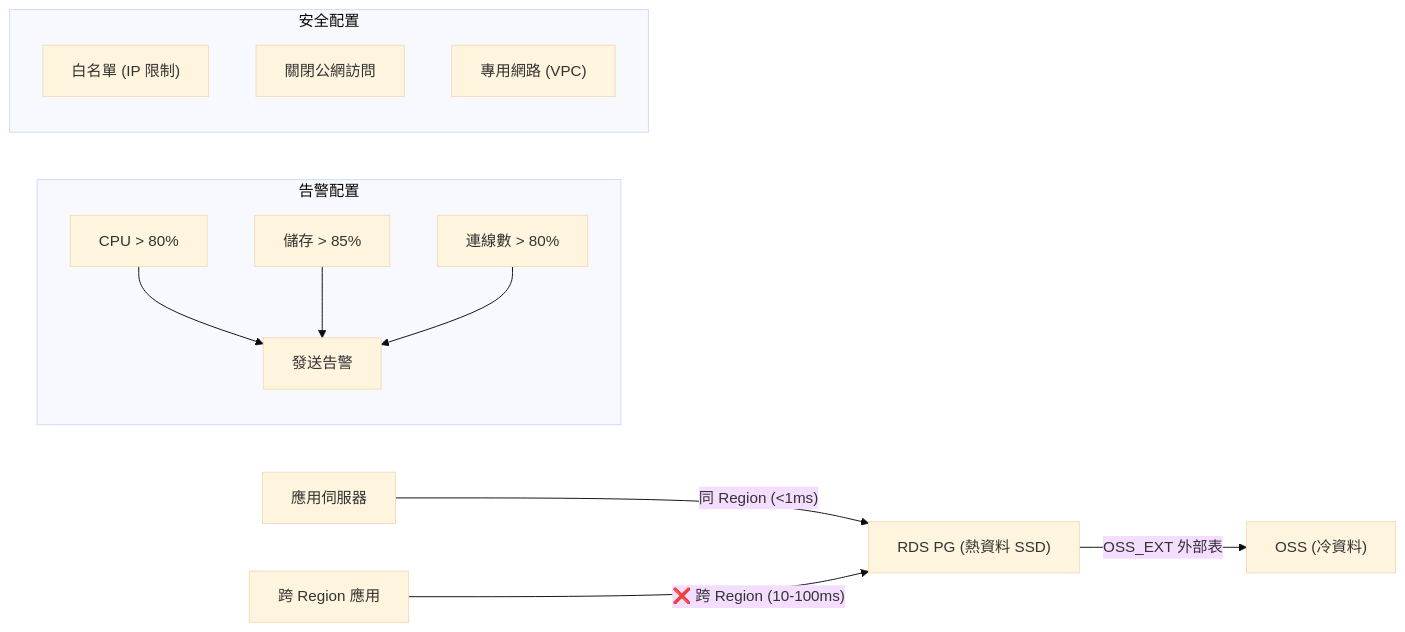
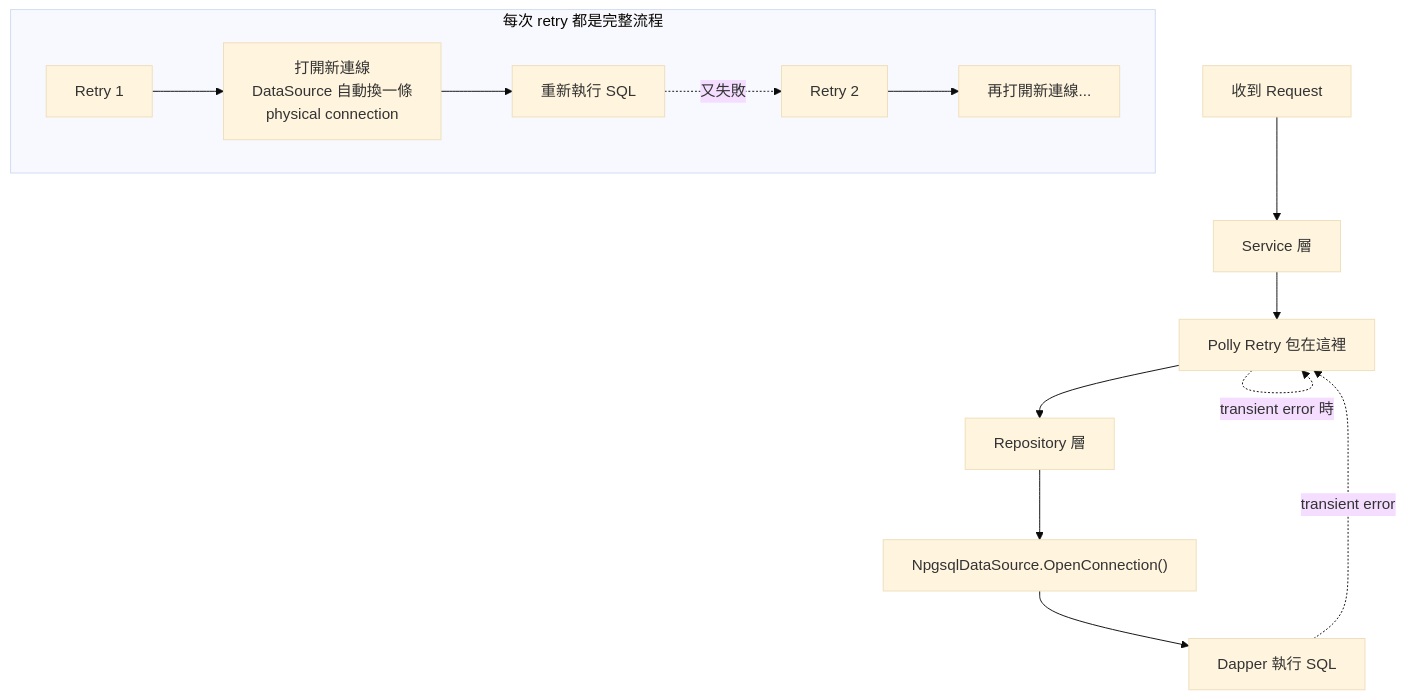
Before and after one commit to henry-tpwong/postgresql_note: diagram 16 of 44 in others/PostgreSQL_Others.md, drawn with Mermaid (base theme). The commit also changed other lines of this file and 1 other file, not shown here.

First line of the commit message:
docs(others): 深度重構 PostgreSQL_Others.md，注入 App Dev 實戰視角

````diff
--- a/others/PostgreSQL_Others.md
+++ b/others/PostgreSQL_Others.md
@@ -1605,19 +1679,18 @@
 ```mermaid
-flowchart LR
-    A["應用伺服器"] -->|"同 Region (<1ms)"| B["RDS PG (熱資料 SSD)"]
-    B -->|"OSS_EXT 外部表"| C["OSS (冷資料)"]
-    
-    D["跨 Region 應用"] -->|"❌ 跨 Region (10-100ms)"| B
-    
-    subgraph "告警配置"
-        E["CPU > 80%"] --> F["發送告警"]
-        G["儲存 > 85%"] --> F
-        H["連線數 > 80%"] --> F
-    end
-    
-    subgraph "安全配置"
-        I["白名單 (IP 限制)"]
-        J["關閉公網訪問"]
-        K["專用網路 (VPC)"]
+flowchart TD
+    A["收到 Request"] --> B["Service 層"]
+    B --> C["Polly Retry 包在這裡"]
+    C --> D["Repository 層"]
+    D --> E["NpgsqlDataSource.OpenConnection()"]
+    E --> F["Dapper 執行 SQL"]
+
+    C -.->|"transient error 時"| C
+    F -.->|"transient error"| C
+
+    subgraph "每次 retry 都是完整流程"
+        C2["Retry 1"] --> D2["打開新連線<br/>DataSource 自動換一條<br/>physical connection"]
+        D2 --> F2["重新執行 SQL"]
+        F2 -.->|"又失敗"| C3["Retry 2"]
+        C3 --> D3["再打開新連線..."]
     end
 ```
````
